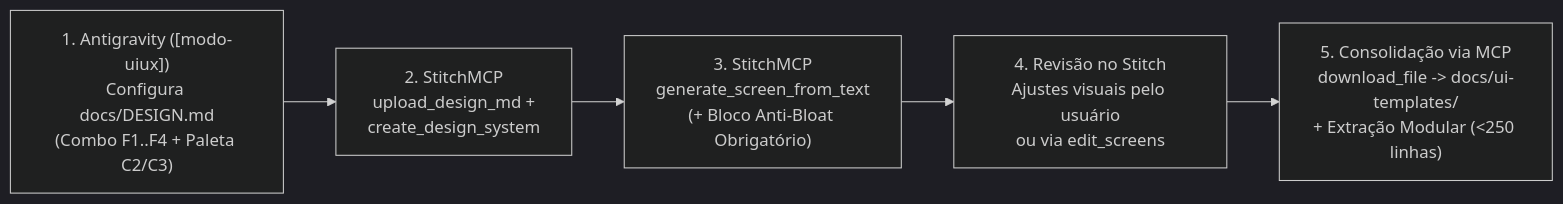
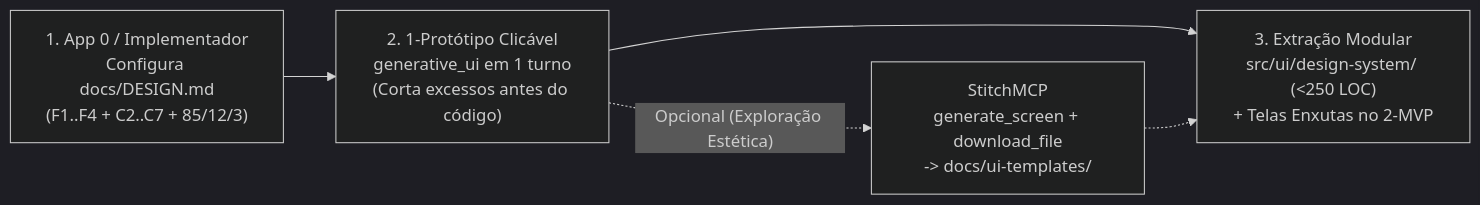
Before and after one commit to eduardobezerrasigma1/App_base: the diagram in docs/04-PADRAO-UIUX.md, drawn with Mermaid (dark theme). The commit also changed other lines of this file and 25 other files, not shown here.

Commit message:
feat(kit): evoluir App_base para Metodologia v2.0 (Protótipo -> 2-MVP -> Freeze -> Consolidada, modo-mestre 3 perfis e paralelismo)

````diff
--- a/docs/04-PADRAO-UIUX.md
+++ b/docs/04-PADRAO-UIUX.md
@@ -24,7 +23,7 @@
 ```mermaid
 flowchart LR
-    A["1. Antigravity ([modo-uiux])\nConfigura docs/DESIGN.md\n(Combo F1..F4 + Paleta C2/C3)"] --> B["2. StitchMCP\nupload_design_md +\ncreate_design_system"]
-    B --> C["3. StitchMCP\ngenerate_screen_from_text\n(+ Bloco Anti-Bloat Obrigatório)"]
-    C --> D["4. Revisão no Stitch\nAjustes visuais pelo usuário\nou via edit_screens"]
-    D --> E["5. Consolidação via MCP\ndownload_file -> docs/ui-templates/\n+ Extração Modular (<250 linhas)"]
+    A["1. App 0 / Implementador\nConfigura docs/DESIGN.md\n(F1..F4 + C2..C7 + 85/12/3)"] --> B["2. 1-Protótipo Clicável\ngenerative_ui em 1 turno\n(Corta excessos antes do código)"]
+    B -.->|"Opcional (Exploração Estética)"| S["StitchMCP\ngenerate_screen + download_file\n-> docs/ui-templates/"]
+    B --> E["3. Extração Modular\nsrc/ui/design-system/ (<250 LOC)\n+ Telas Enxutas no 2-MVP"]
+    S -.-> E
 ```
````
